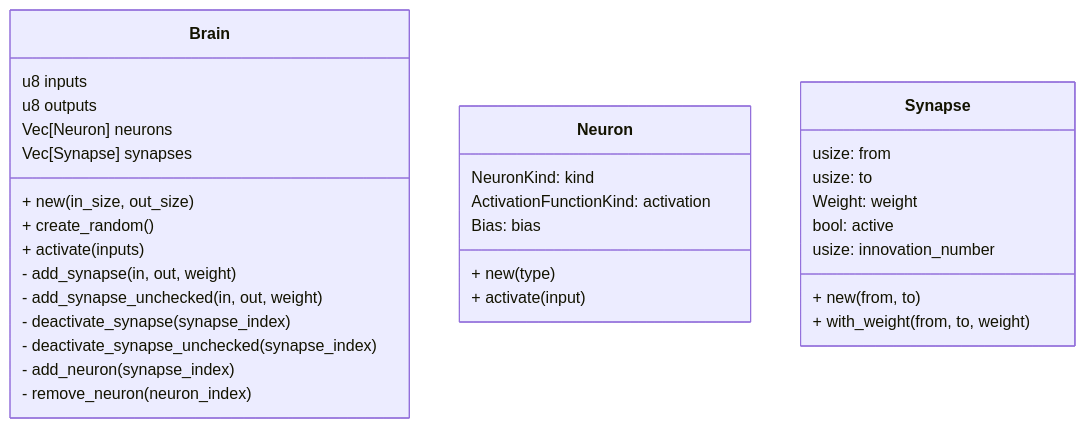
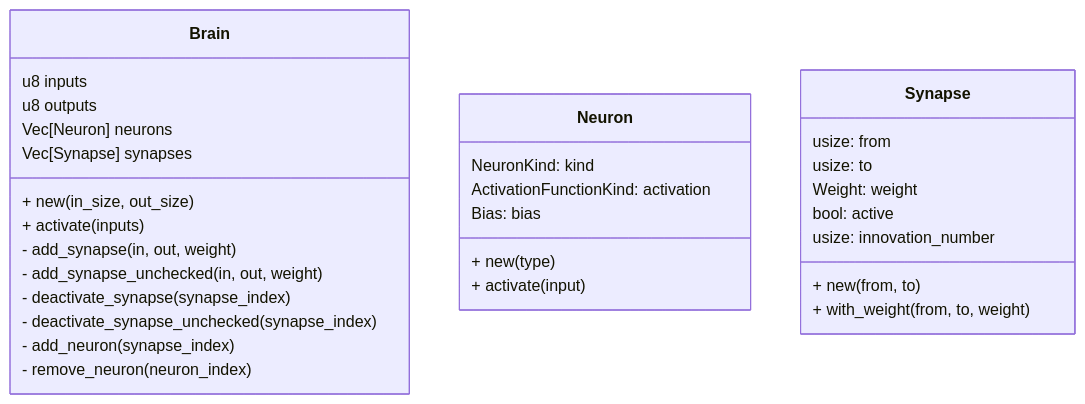
The diagram in planning/brain.md (BenGale93/genesis), drawn with Mermaid before and after one commit. The commit also changed 2 other files, not shown here.

Commit message:
Added activate method to Brain

````diff
--- a/planning/brain.md
+++ b/planning/brain.md
@@ -5,40 +5,39 @@
 ```mermaid
 classDiagram
     class Brain {
         u8 inputs
         u8 outputs
         Vec[Neuron] neurons
         Vec[Synapse] synapses
 
         + new(in_size, out_size)
-        + create_random()
         + activate(inputs)
 
         - add_synapse(in, out, weight)
         - add_synapse_unchecked(in, out, weight)
         - deactivate_synapse(synapse_index)
         - deactivate_synapse_unchecked(synapse_index)
         - add_neuron(synapse_index)
         - remove_neuron(neuron_index)
     }
 
     class Neuron {
         NeuronKind: kind
         ActivationFunctionKind: activation
         Bias: bias
 
         + new(type)
         + activate(input)
     }
 
     class Synapse {
         usize: from
         usize: to
         Weight: weight
         bool: active
         usize: innovation_number
 
         + new(from, to)
         + with_weight(from, to, weight)
     }
 ```
````
